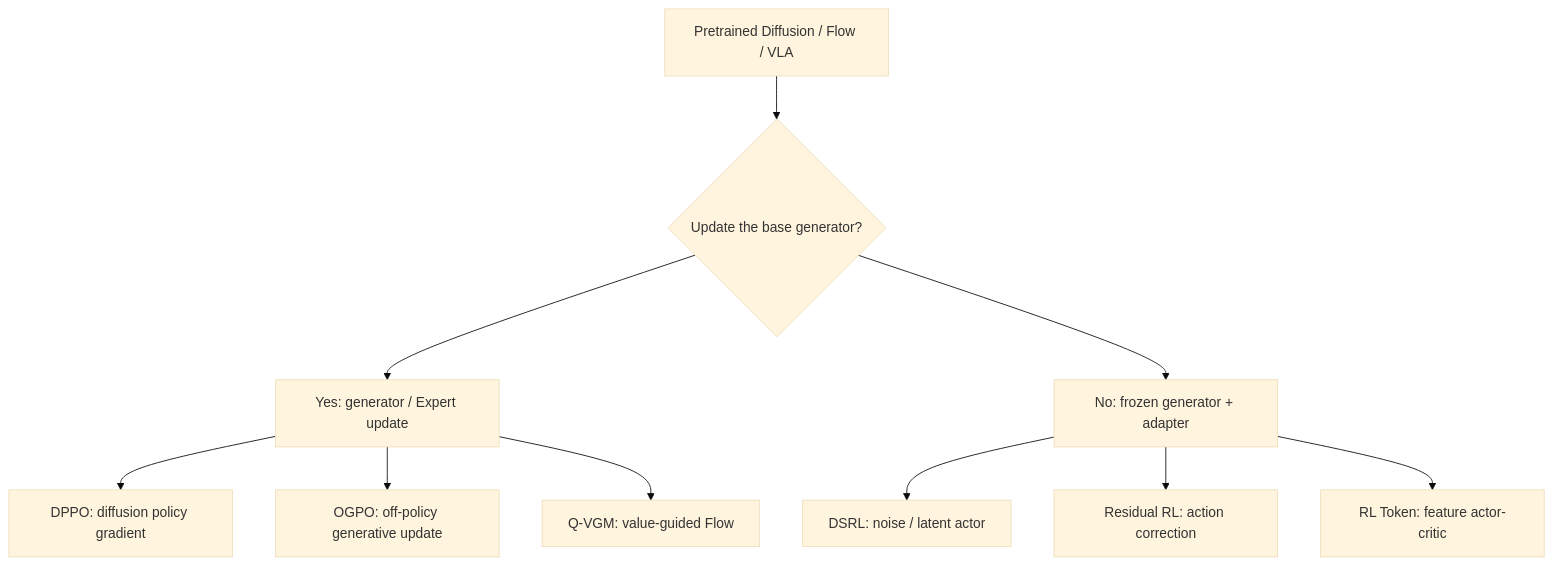
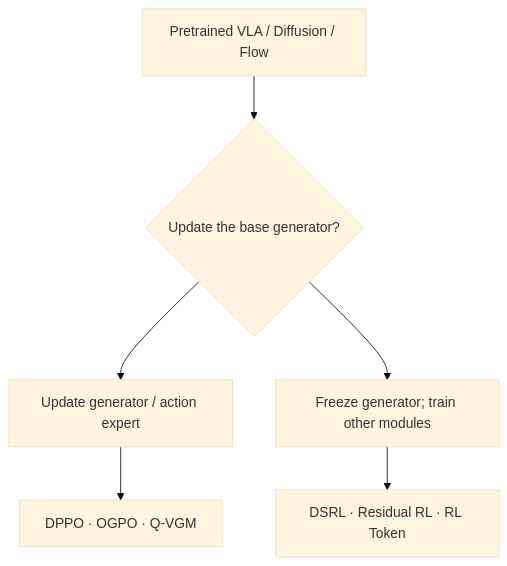
One commit to zengxiong111/zengxiong.github.io changed the second of 4 diagrams in files/RL_Post_Training_EN.md. Above: the diagram before and after it, drawn with Mermaid (base theme). The commit also changed other lines of this file and 7 other files, not shown here.

````diff
--- a/files/RL_Post_Training_EN.md
+++ b/files/RL_Post_Training_EN.md
@@ -47,12 +123,8 @@
 ```mermaid
 flowchart TB
-  P["Pretrained Diffusion / Flow / VLA"] --> Q{"Update the base generator?"}
-  Q --> U["Yes: generator / Expert update"]
-  Q --> F["No: frozen generator + adapter"]
-  U --> A["DPPO: diffusion policy gradient"]
-  U --> B["OGPO: off-policy generative update"]
-  U --> C["Q-VGM: value-guided Flow"]
-  F --> D["DSRL: noise / latent actor"]
-  F --> E["Residual RL: action correction"]
-  F --> R["RL Token: feature actor-critic"]
+  P["Pretrained VLA / Diffusion / Flow"] --> Q{"Update the base generator?"}
+  Q --> U["Update generator / action expert"]
+  Q --> F["Freeze generator; train other modules"]
+  U --> A["DPPO · OGPO · Q-VGM"]
+  F --> B["DSRL · Residual RL · RL Token"]
 ```
````
